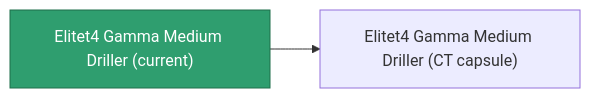
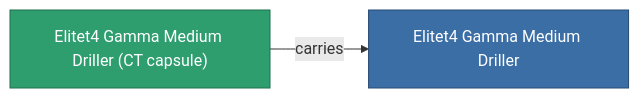
The diagram in content/content/items/elitet4_gamma_medium_driller.md (OpenPerpetuum/Wiki), drawn with Mermaid before and after one commit. The commit also changed other lines of this file and 2015 other files, not shown here.

````diff
--- a/content/content/items/elitet4_gamma_medium_driller.md
+++ b/content/content/items/elitet4_gamma_medium_driller.md
@@ -35,8 +35,9 @@
 ```mermaid
 graph LR
-    a["Elitet4 Gamma Medium Driller (current)"]:::current
-    b["Elitet4 Gamma Medium Driller (CT capsule)"]
-    a --> b
-    click b "/content/items/elitet4-gamma-medium-driller-ct-capsule/" "Elitet4 Gamma Medium Driller (CT capsule)"
+    a["Elitet4 Gamma Medium Driller (CT capsule)"]:::current
+    b["Elitet4 Gamma Medium Driller"]:::finished
+    a -->|carries| b
+                click b "/content/items/elitet4-gamma-medium-driller/" "Elitet4 Gamma Medium Driller"
     classDef current fill:#2f9e6f,stroke:#1f6f4a,color:#ffffff
+    classDef finished fill:#3b6ea5,stroke:#274a75,color:#ffffff
 ```
````
